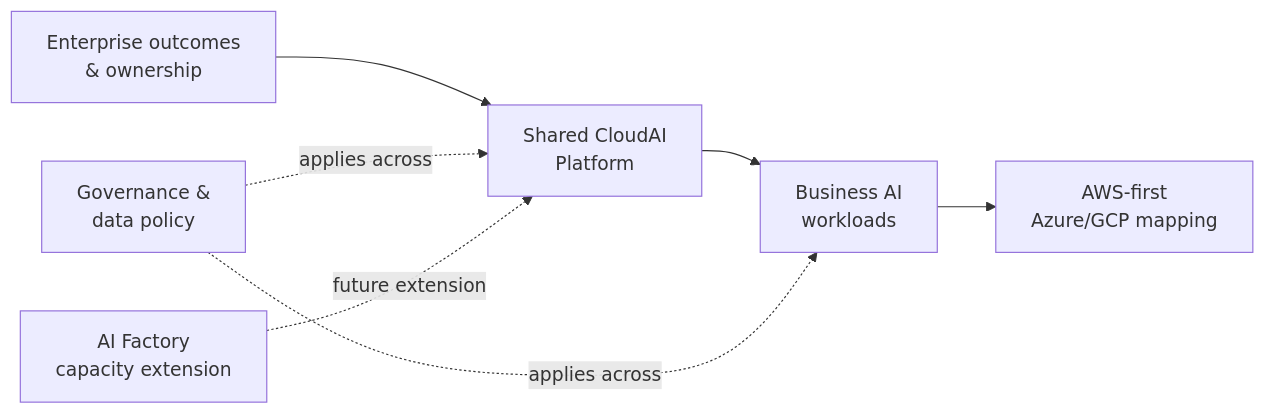
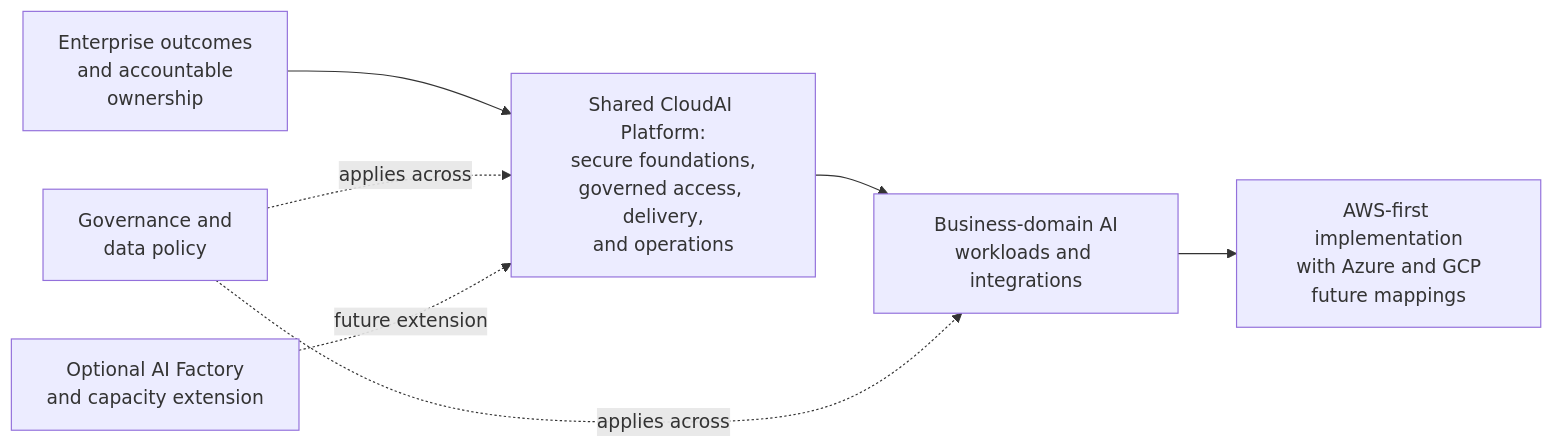
One commit to afaryy/cloudai-platform changed the diagram in README.md. Above: the diagram before and after it, drawn with Mermaid. The commit also changed 1 other file, not shown here.

Commit message:
docs: preserve full architecture diagram labels

````diff
--- a/README.md
+++ b/README.md
@@ -15,14 +15,14 @@
 ```mermaid
 flowchart LR
-  context["Enterprise outcomes<br/>& ownership"]
-  policy["Governance &<br/>data policy"]
-  platform["Shared CloudAI<br/>Platform"]
-  workloads["Business AI<br/>workloads"]
-  providers["AWS-first<br/>Azure/GCP mapping"]
-  capacity["AI Factory<br/>capacity extension"]
+  context["Enterprise outcomes<br/>and accountable<br/>ownership"]
+  policy["Governance and<br/>data policy"]
+  platform["Shared CloudAI Platform:<br/>secure foundations,<br/>governed access, delivery,<br/>and operations"]
+  workloads["Business-domain AI<br/>workloads and integrations"]
+  providers["AWS-first implementation<br/>with Azure and GCP<br/>future mappings"]
+  capacity["Optional AI Factory<br/>and capacity extension"]
 
   context --> platform --> workloads --> providers
   policy -. "applies across" .-> platform
   policy -. "applies across" .-> workloads
   capacity -. "future extension" .-> platform
 ```
````
